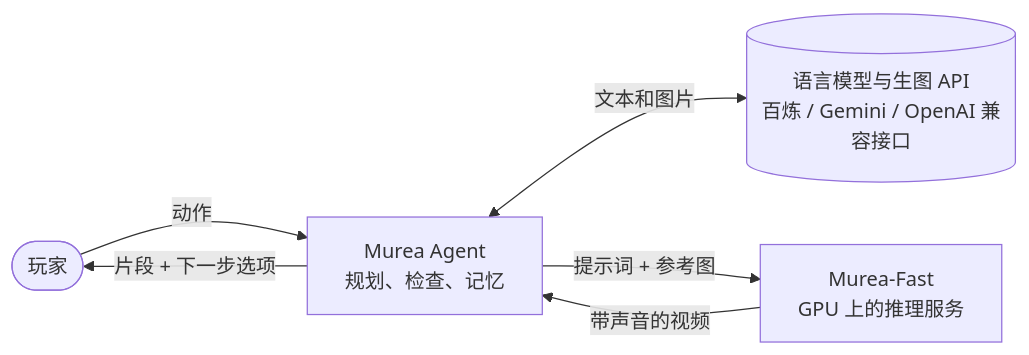
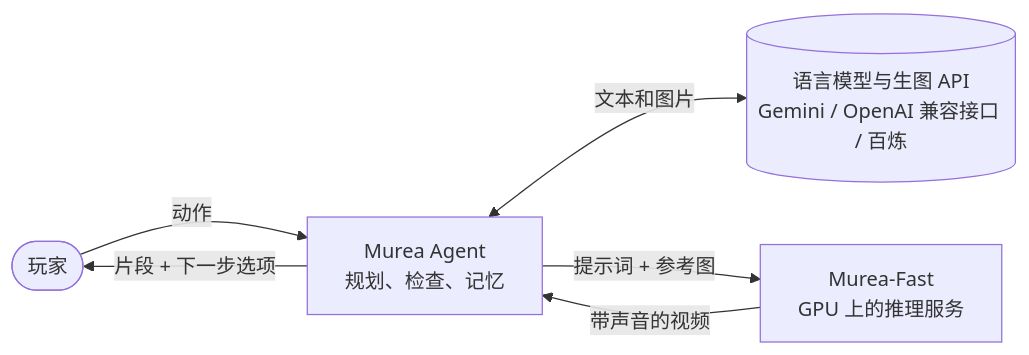
The diagram in README_zh.md (Murea-Labs/InWorld), drawn with Mermaid before and after one commit. The commit also changed other lines of this file and 4 other files, not shown here.

````diff
--- a/README_zh.md
+++ b/README_zh.md
@@ -76,8 +76,8 @@
 ```mermaid
 flowchart LR
     P([玩家]) -->|动作| A[Murea Agent<br/>规划、检查、记忆]
-    A <-->|文本和图片| L[(语言模型与生图 API<br/>百炼 / Gemini / OpenAI 兼容接口)]
+    A <-->|文本和图片| L[(语言模型与生图 API<br/>Gemini / OpenAI 兼容接口 / 百炼)]
     A -->|提示词 + 参考图| F[Murea-Fast<br/>GPU 上的推理服务]
     F -->|带声音的视频| A
     A -->|片段 + 下一步选项| P
 ```
````
